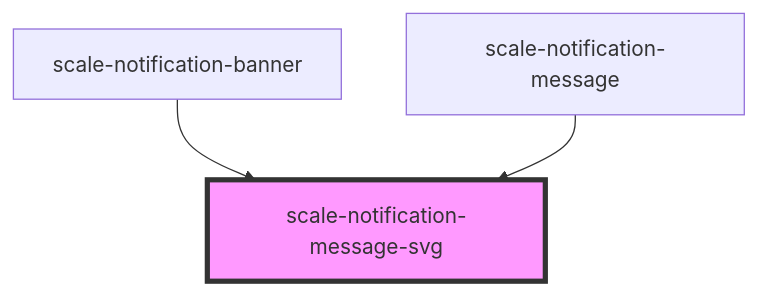
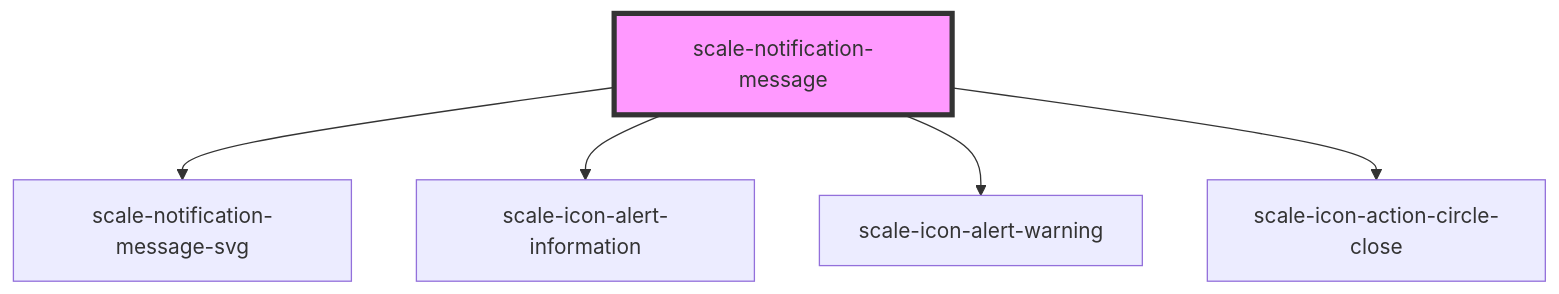
One commit to telekom/scale changed the diagram in packages/components/src/components/notification-message/readme.md. Above: the diagram before and after it, drawn with Mermaid. The commit also changed other lines of this file and 3 other files, not shown here.

````diff
--- a/packages/components/src/components/notification-message/readme.md
+++ b/packages/components/src/components/notification-message/readme.md
@@ -26,6 +50,8 @@
 ```mermaid
 graph TD;
-  scale-notification-banner --> scale-notification-message-svg
   scale-notification-message --> scale-notification-message-svg
-  style scale-notification-message-svg fill:#f9f,stroke:#333,stroke-width:4px
+  scale-notification-message --> scale-icon-alert-information
+  scale-notification-message --> scale-icon-alert-warning
+  scale-notification-message --> scale-icon-action-circle-close
+  style scale-notification-message fill:#f9f,stroke:#333,stroke-width:4px
 ```
````
